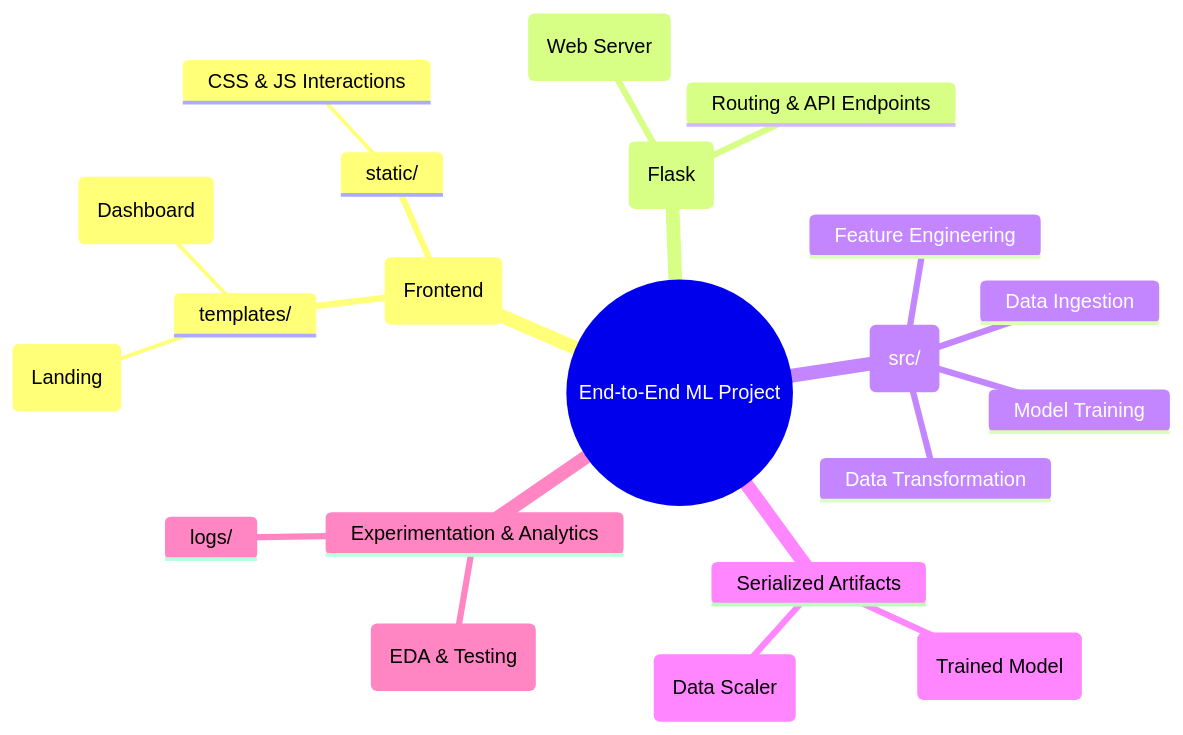
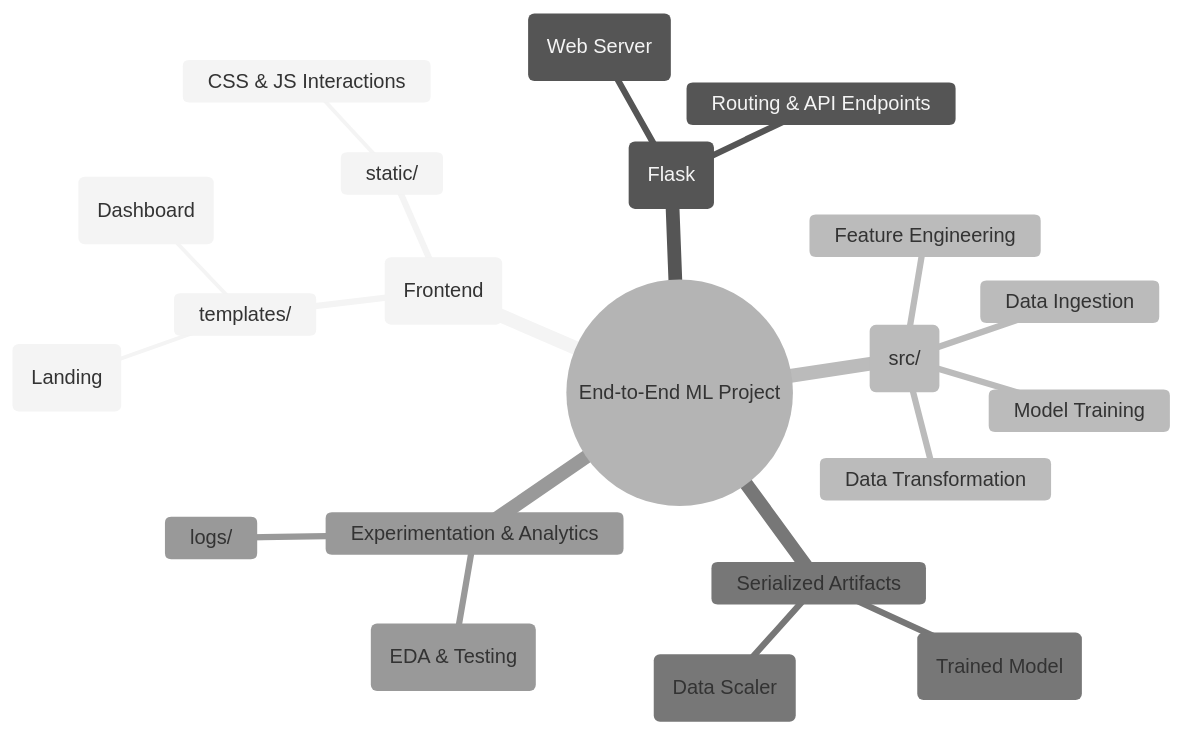
Before and after one commit to Sohaib4238/End-to-End-Student-Performance-Pred-Project: the diagram in README.md, drawn with Mermaid.

Commit message:
Update README with diagram of project components
Add visual diagram for end-to-end ML project

````diff
--- a/README.md
+++ b/README.md
@@ -11,24 +11,25 @@
 ```mermaid
+%%{init: {'theme': 'neutral'}}%%
 mindmap
   root((End-to-End ML Project))
     User Interface (Frontend)
       templates/
         index.html (Landing)
         home.html (Dashboard)
       static/
         CSS & JS Interactions
     Backend Engine (Flask)
       app.py (Web Server)
       Routing & API Endpoints
     ML Pipeline Core (src/)
       Data Ingestion
       Data Transformation
       Feature Engineering
       Model Training
     Serialized Artifacts 
       model.pkl (Trained Model)
       preprocessor.pkl (Data Scaler)
     Experimentation & Analytics
       notebook/ (EDA & Testing)
       logs/ 
 ```
````
